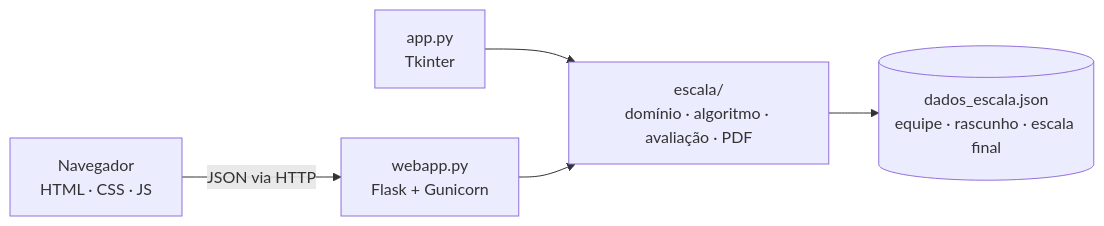
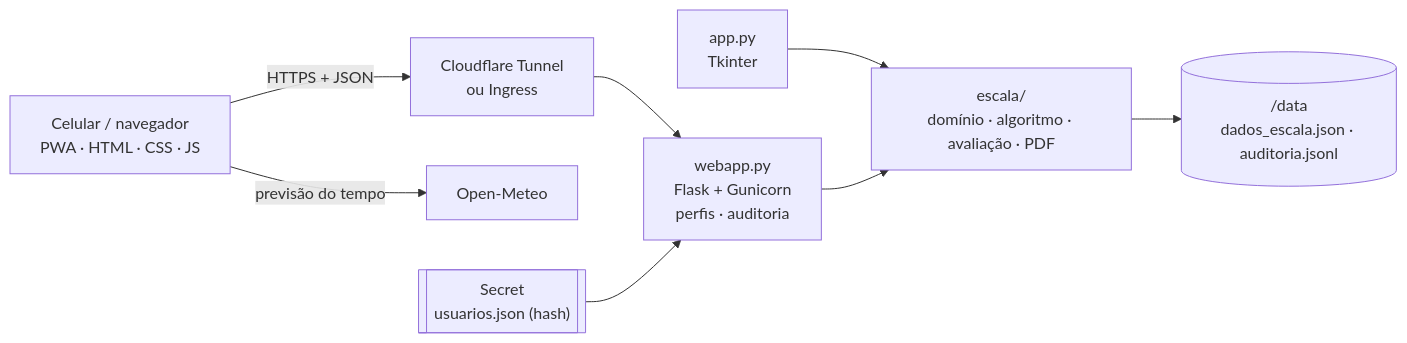
One commit to CarlosAlvesSantosJr/escalas-de-plantao changed the third of 4 diagrams in README.md. Above: the diagram before and after it, drawn with Mermaid. The commit also changed other lines of this file and 21 other files, not shown here.

````diff
--- a/README.md
+++ b/README.md
@@ -164,7 +242,10 @@
 ```mermaid
 flowchart LR
-    UI["Navegador<br/>HTML · CSS · JS"] -- "JSON via HTTP" --> API["webapp.py<br/>Flask + Gunicorn"]
+    PWA["Celular / navegador<br/>PWA · HTML · CSS · JS"] -- "HTTPS + JSON" --> EDGE["Cloudflare Tunnel<br/>ou Ingress"]
+    PWA -- "previsão do tempo" --> OM["Open-Meteo"]
+    EDGE --> API["webapp.py<br/>Flask + Gunicorn<br/>perfis · auditoria"]
     TK["app.py<br/>Tkinter"] --> CORE
     API --> CORE["escala/<br/>domínio · algoritmo · avaliação · PDF"]
-    CORE --> DB[("dados_escala.json<br/>equipe · rascunho · escala final")]
+    CORE --> DB[("/data<br/>dados_escala.json · auditoria.jsonl")]
+    SEC[["Secret<br/>usuarios.json (hash)"]] --> API
 ```
````
